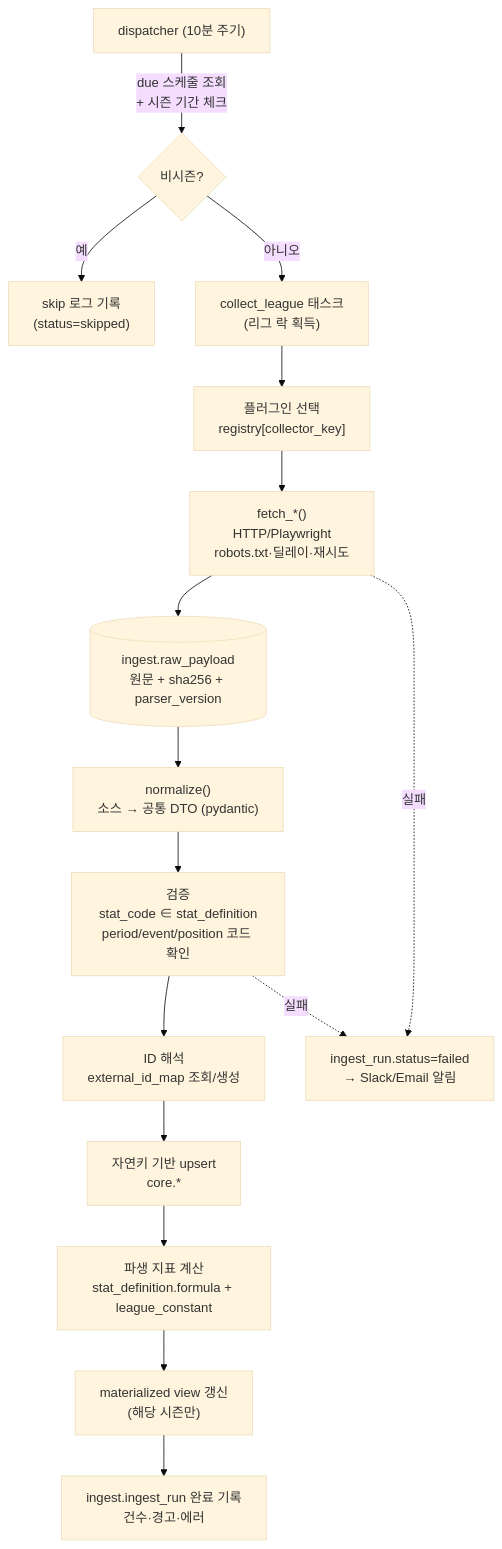
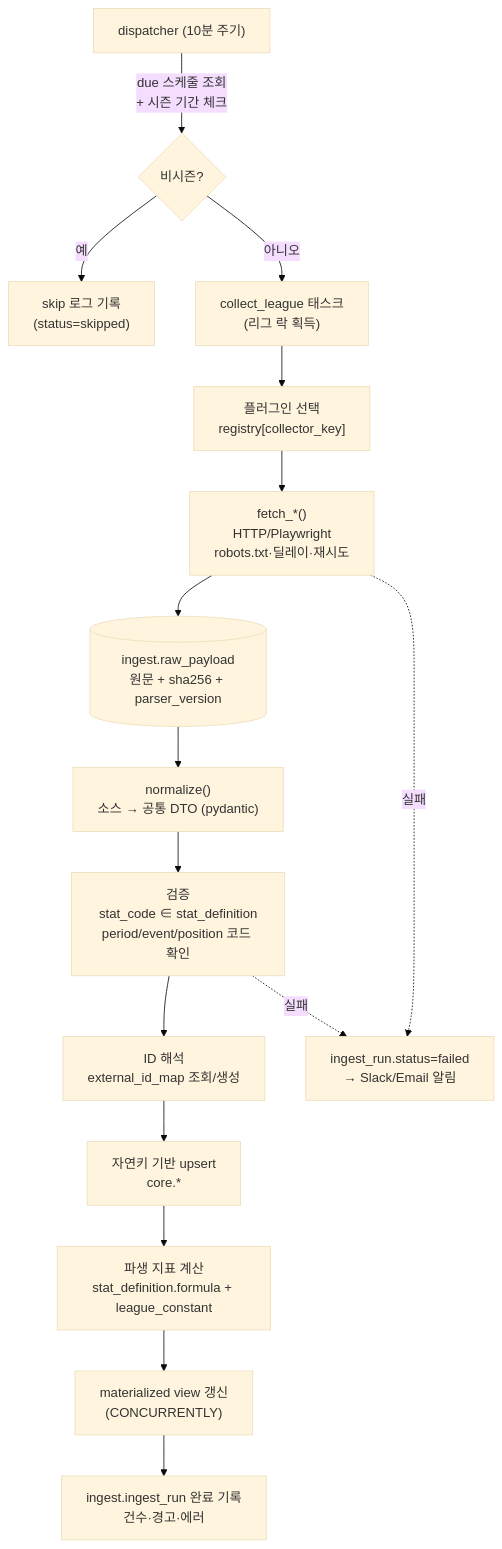
Before and after one commit to jun-yoonsung/data_analystics: the second of 2 diagrams in docs/design/01-architecture.md, drawn with Mermaid (base theme). The commit also changed 65 other files, not shown here.

````diff
--- a/docs/design/01-architecture.md
+++ b/docs/design/01-architecture.md
@@ -82,18 +82,18 @@
 ```mermaid
 flowchart TD
     D["dispatcher (10분 주기)"] -->|"due 스케줄 조회<br/>+ 시즌 기간 체크"| Q{비시즌?}
     Q -->|예| SKIP["skip 로그 기록<br/>(status=skipped)"]
     Q -->|아니오| T["collect_league 태스크<br/>(리그 락 획득)"]
     T --> P["플러그인 선택<br/>registry[collector_key]"]
     P --> F["fetch_*()<br/>HTTP/Playwright<br/>robots.txt·딜레이·재시도"]
     F --> RAW[("ingest.raw_payload<br/>원문 + sha256 + parser_version")]
     RAW --> N["normalize()<br/>소스 → 공통 DTO (pydantic)"]
     N --> V["검증<br/>stat_code ∈ stat_definition<br/>period/event/position 코드 확인"]
     V --> RES["ID 해석<br/>external_id_map 조회/생성"]
     RES --> UP["자연키 기반 upsert<br/>core.*"]
     UP --> DER["파생 지표 계산<br/>stat_definition.formula + league_constant"]
-    DER --> MV["materialized view 갱신<br/>(해당 시즌만)"]
+    DER --> MV["materialized view 갱신<br/>(CONCURRENTLY)"]
     MV --> LOG["ingest.ingest_run 완료 기록<br/>건수·경고·에러"]
     V -. 실패 .-> ERR["ingest_run.status=failed<br/>→ Slack/Email 알림"]
     F -. 실패 .-> ERR
 ```
````
